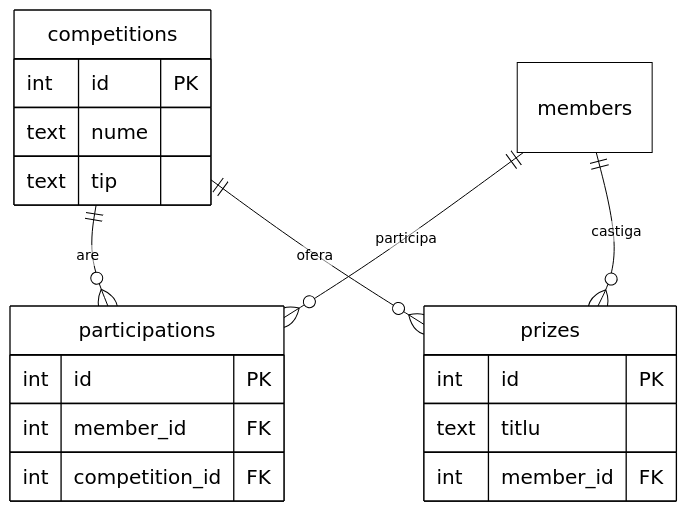
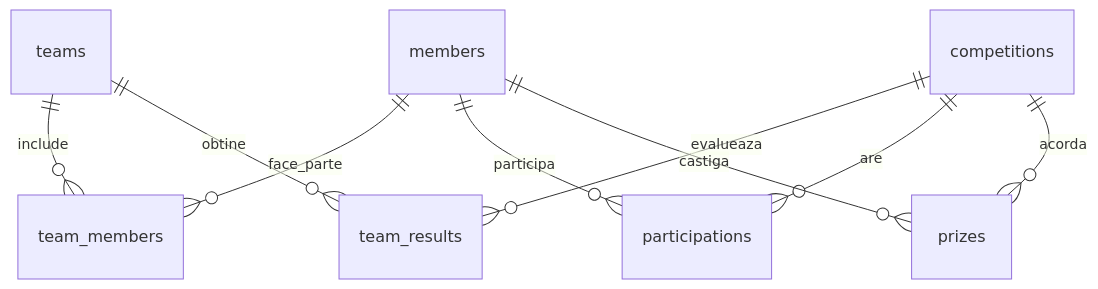
The tenth of 12 diagrams in docs/ARCHITECTURE.md (ricardofilipebondor/web-technologies-2026), drawn with Mermaid before and after one commit. The commit also changed other lines of this file and 20 other files, not shown here.

````diff
--- a/docs/ARCHITECTURE.md
+++ b/docs/ARCHITECTURE.md
@@ -182,24 +187,11 @@
 ```mermaid
-%%{init: {'theme':'base','themeVariables':{'darkMode':false,'background':'#ffffff','mainBkg':'#ffffff','primaryColor':'#ffffff','primaryTextColor':'#000000','primaryBorderColor':'#000000','lineColor':'#000000','fontSize':'20px','fontFamily':'Arial'}}}%%
 erDiagram
+    teams ||--o{ team_members : include
+    members ||--o{ team_members : face_parte
+    teams ||--o{ team_results : obtine
+    competitions ||--o{ team_results : evalueaza
     competitions ||--o{ participations : are
     members ||--o{ participations : participa
     members ||--o{ prizes : castiga
-    competitions ||--o{ prizes : ofera
-
-    competitions {
-        int id PK
-        text nume
-        text tip
-    }
-    participations {
-        int id PK
-        int member_id FK
-        int competition_id FK
-    }
-    prizes {
-        int id PK
-        text titlu
-        int member_id FK
-    }
+    competitions ||--o{ prizes : acorda
 ```
````
